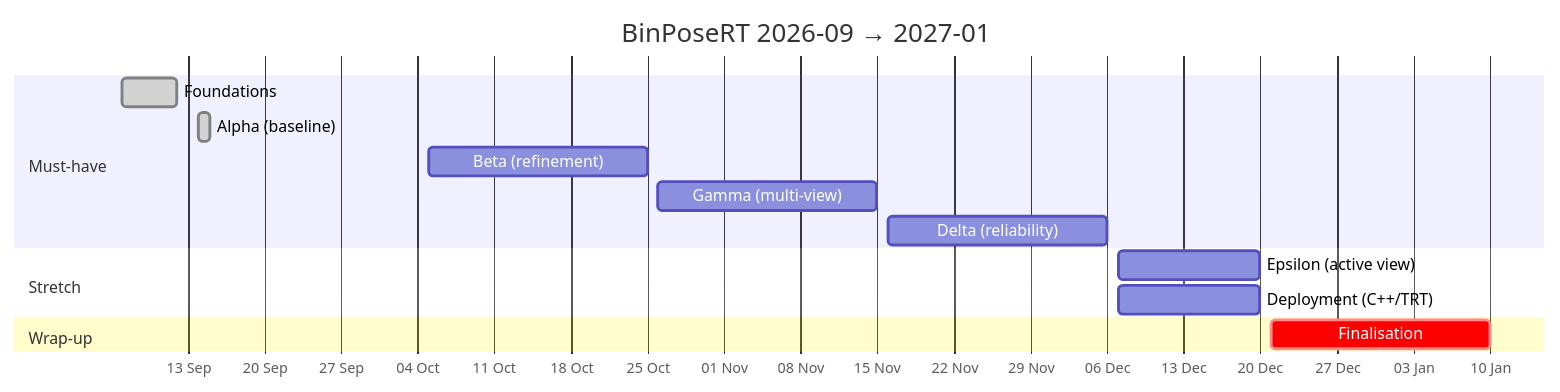
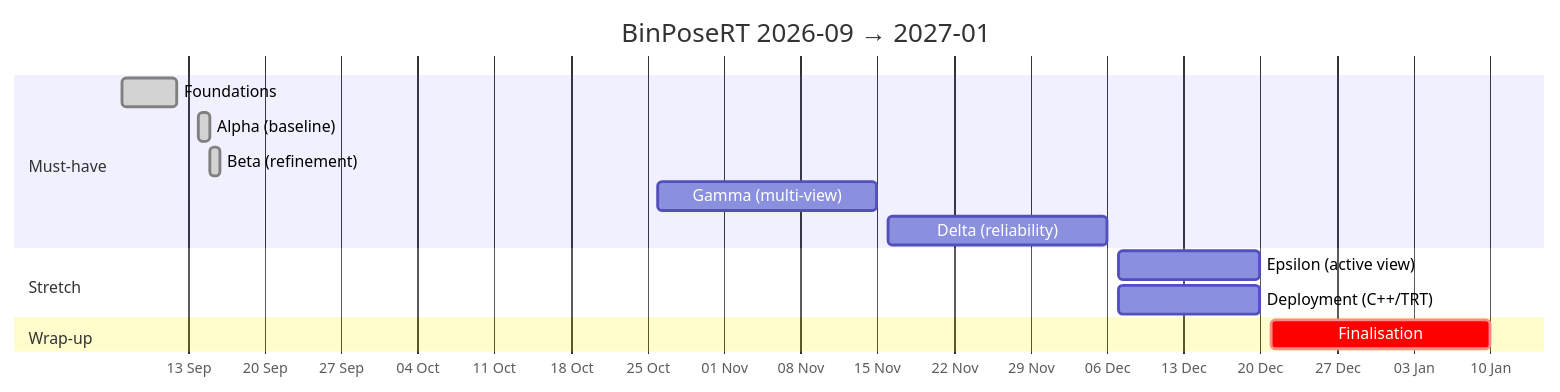
One commit to ahmadmasood43/BinPoseRT changed the diagram in docs/MILESTONES.md. Above: the diagram before and after it, drawn with Mermaid. The commit also changed other lines of this file and 40 other files, not shown here.

````diff
--- a/docs/MILESTONES.md
+++ b/docs/MILESTONES.md
@@ -29,17 +29,17 @@
 ```mermaid
 gantt
     title BinPoseRT 2026-09 → 2027-01
     dateFormat  YYYY-MM-DD
     axisFormat  %d %b
     section Must-have
     Foundations            :done,    m1, 2026-09-07, 2026-09-12
     Alpha (baseline)       :done,    m2, 2026-09-14, 2026-09-15
-    Beta (refinement)      :         m3, 2026-10-05, 2026-10-25
+    Beta (refinement)      :done,    m3, 2026-09-15, 2026-09-16
     Gamma (multi-view)     :         m4, 2026-10-26, 2026-11-15
     Delta (reliability)    :         m5, 2026-11-16, 2026-12-06
     section Stretch
     Epsilon (active view)  :         m6, 2026-12-07, 2026-12-20
     Deployment (C++/TRT)   :         m7, 2026-12-07, 2026-12-20
     section Wrap-up
     Finalisation           :crit,    m8, 2026-12-21, 2027-01-10
 ```
````
